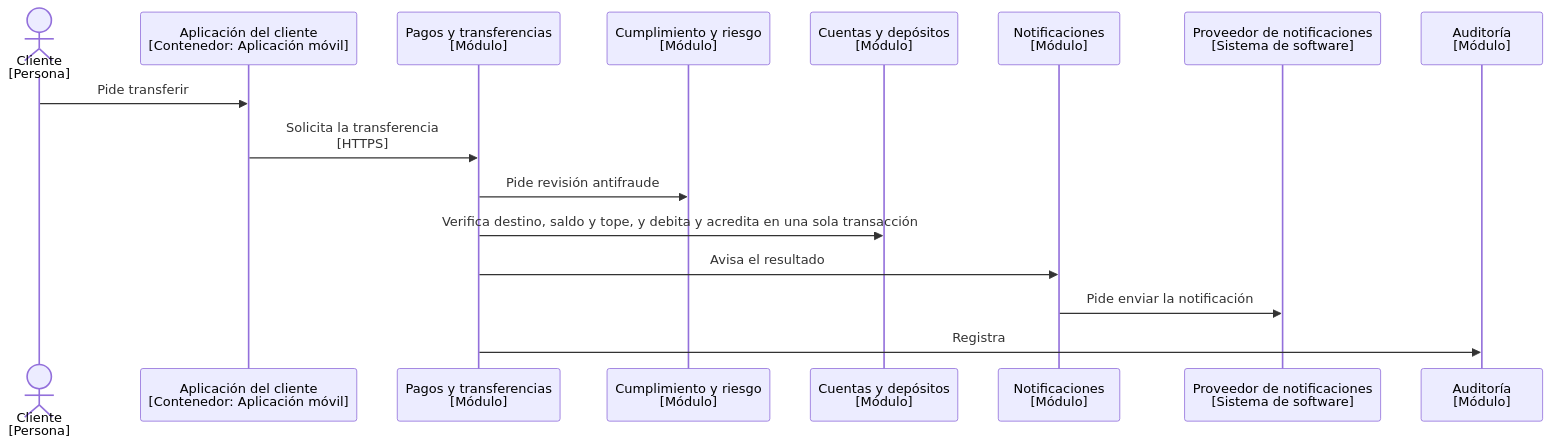
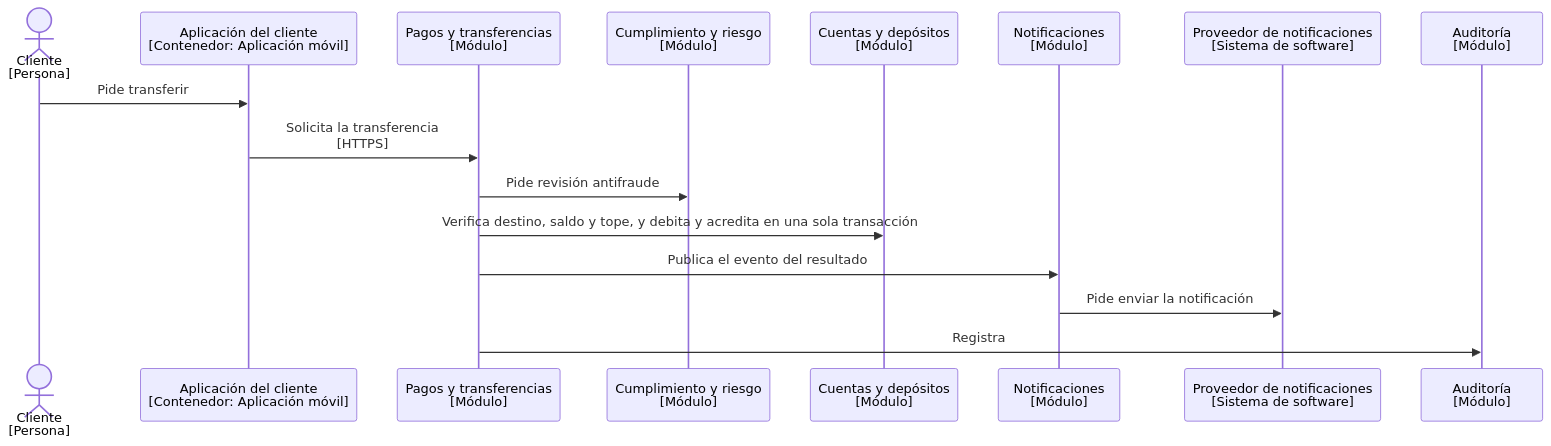
The second of 3 diagrams in docs/arquitectura-aplicacion/secuencias.md (maomauro/fintech-kuenta), drawn with Mermaid before and after one commit. The commit also changed other lines of this file and 26 other files, not shown here.

````diff
--- a/docs/arquitectura-aplicacion/secuencias.md
+++ b/docs/arquitectura-aplicacion/secuencias.md
@@ -43,20 +43,20 @@
 ```mermaid
 sequenceDiagram
 
   actor 1 as Cliente<br />[Persona]
   participant 16 as Aplicación del cliente<br />[Contenedor: Aplicación móvil]
   participant 22 as Pagos y transferencias<br />[Módulo]
   participant 24 as Cumplimiento y riesgo<br />[Módulo]
   participant 21 as Cuentas y depósitos<br />[Módulo]
   participant 26 as Notificaciones<br />[Módulo]
   participant 11 as Proveedor de notificaciones<br />[Sistema de software]
   participant 27 as Auditoría<br />[Módulo]
 
   1->>16: Pide transferir
   16->>22: Solicita la transferencia<br />[HTTPS]
   22->>24: Pide revisión antifraude
   22->>21: Verifica destino, saldo y tope, y debita y acredita en una sola transacción
-  22->>26: Avisa el resultado
+  22->>26: Publica el evento del resultado
   26->>11: Pide enviar la notificación
   22->>27: Registra
 ```
````
